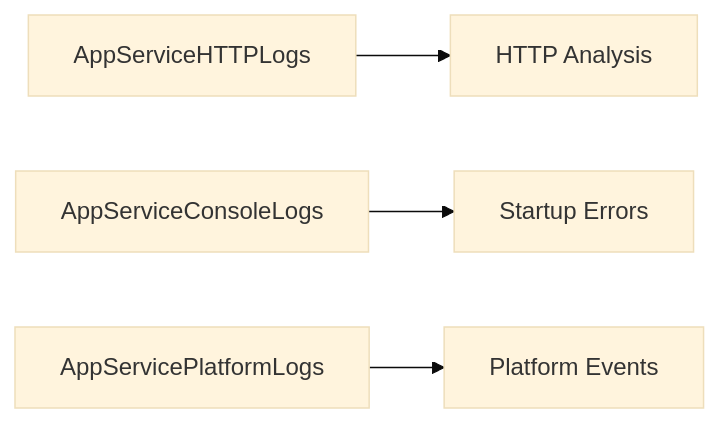
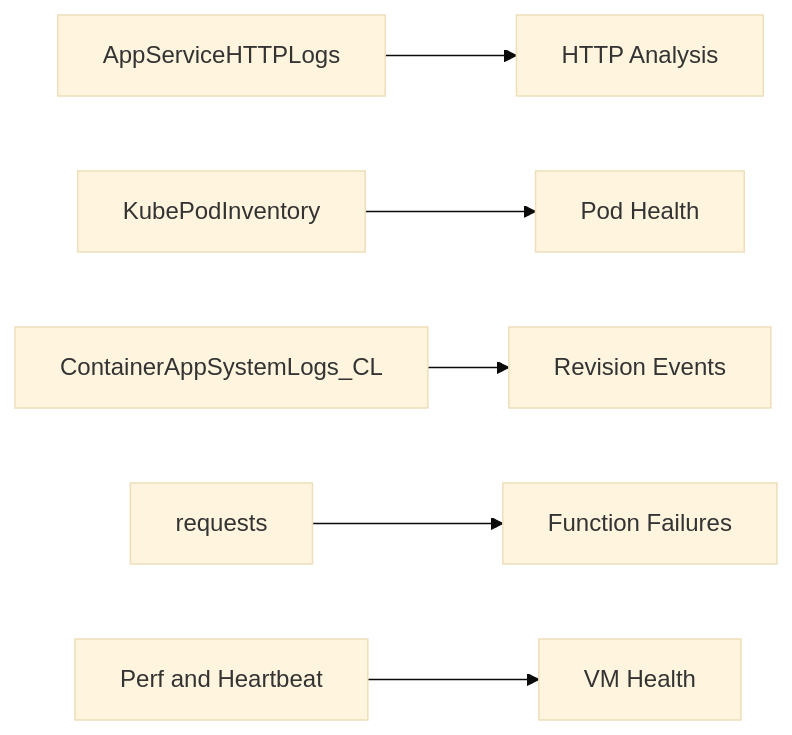
The diagram in docs/troubleshooting/kql/service-specific/index.md (yeongseon/azure-monitoring-practical-guide), drawn with Mermaid (base theme) before and after one commit. The commit also changed other lines of this file and 22 other files, not shown here.

First line of the commit message:
feat: enrich documentation quality across troubleshooting, service guides, KQL packs, and platform pages

````diff
--- a/docs/troubleshooting/kql/service-specific/index.md
+++ b/docs/troubleshooting/kql/service-specific/index.md
@@ -18,6 +20,8 @@
 ```mermaid
 graph LR
     A[AppServiceHTTPLogs] --> B[HTTP Analysis]
-    C[AppServiceConsoleLogs] --> D[Startup Errors]
-    E[AppServicePlatformLogs] --> F[Platform Events]
+    C[KubePodInventory] --> D[Pod Health]
+    E[ContainerAppSystemLogs_CL] --> F[Revision Events]
+    G[requests] --> H[Function Failures]
+    I[Perf and Heartbeat] --> J[VM Health]
 ```
````
